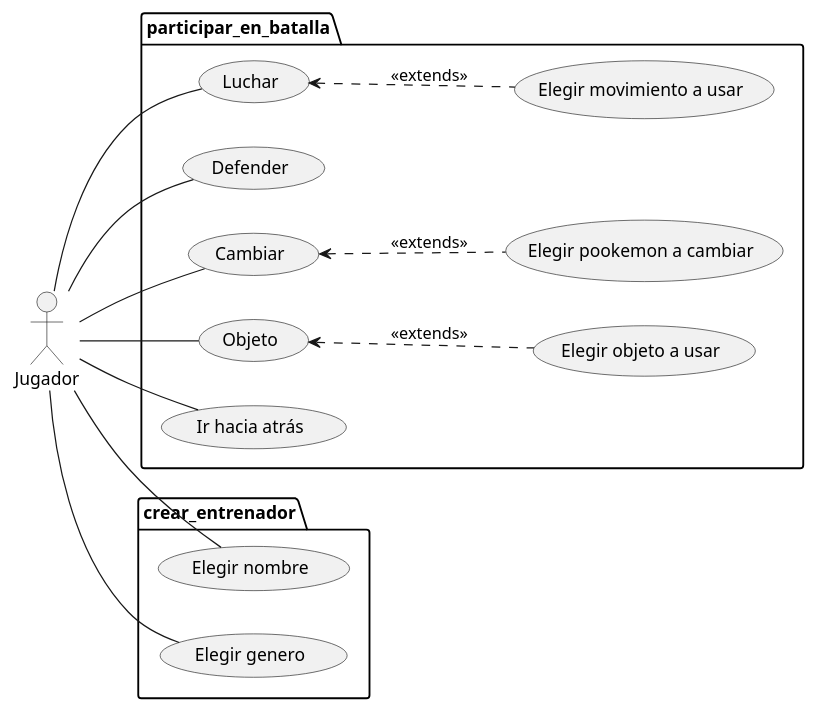
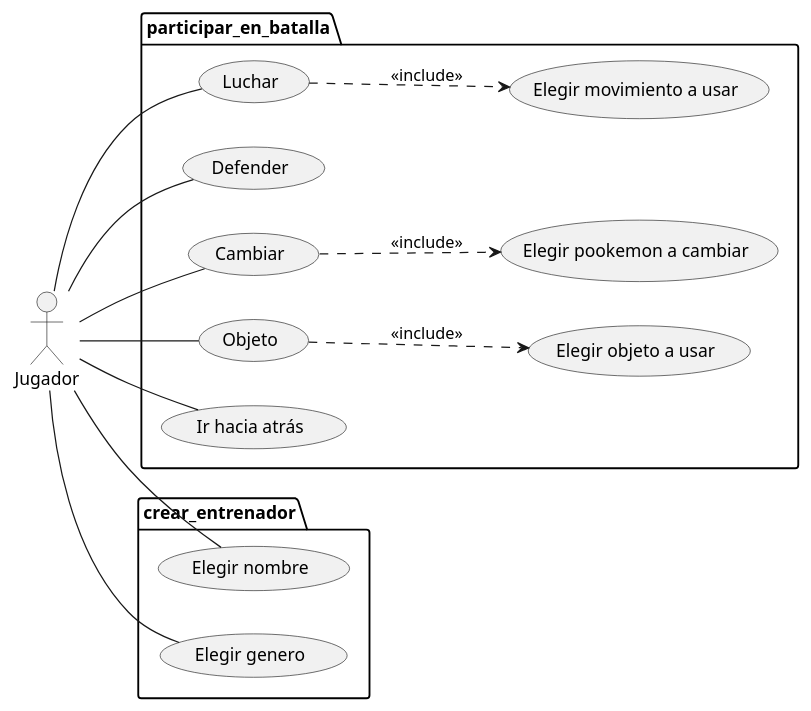
One commit to Edmh1/Poo-Kemon-proyecto changed the diagram in 5 diagramas de casos de uso/Jugador.plantuml. Above: the diagram before and after it, drawn with PlantUML. The commit also changed 17 other files, not shown here.

Commit message:
fix: diagramas de clases

```diff
--- a/5 diagramas de casos de uso/Jugador.plantuml
+++ b/5 diagramas de casos de uso/Jugador.plantuml
@@ -1,35 +1,35 @@
 @startuml Jugador
 
 left to right direction
 
 actor Jugador
 
 package participar_en_batalla{
     usecase "Luchar" as luc
     usecase "Defender" as def
     usecase "Cambiar" as cam 
     usecase "Objeto" as obj
     usecase "Elegir movimiento a usar" as eleMov
     usecase "Elegir pookemon a cambiar" as elePoo
     usecase "Elegir objeto a usar" as eleObj
     usecase "Ir hacia atrás" as back
 }
 
 Jugador -- obj
-obj <.. eleObj: <<extends>>
+obj ..> eleObj: <<include>>
 Jugador -- cam
-cam <.. elePoo : <<extends>>
+cam ..> elePoo : <<include>>
 Jugador -- luc
-luc <.. eleMov : <<extends>>
+luc ..> eleMov : <<include>>
 Jugador -- def
 Jugador -- back
 
 package crear_entrenador{
     usecase "Elegir nombre" as eleNom
     usecase "Elegir genero" as eleGen
 }
 
 Jugador -- eleNom
 Jugador -- eleGen
 
 @enduml
```
